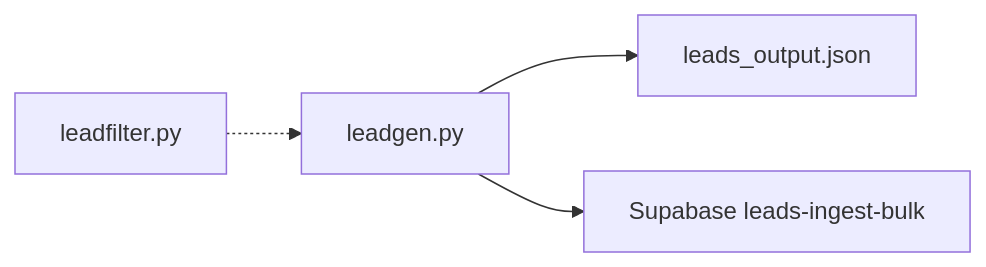
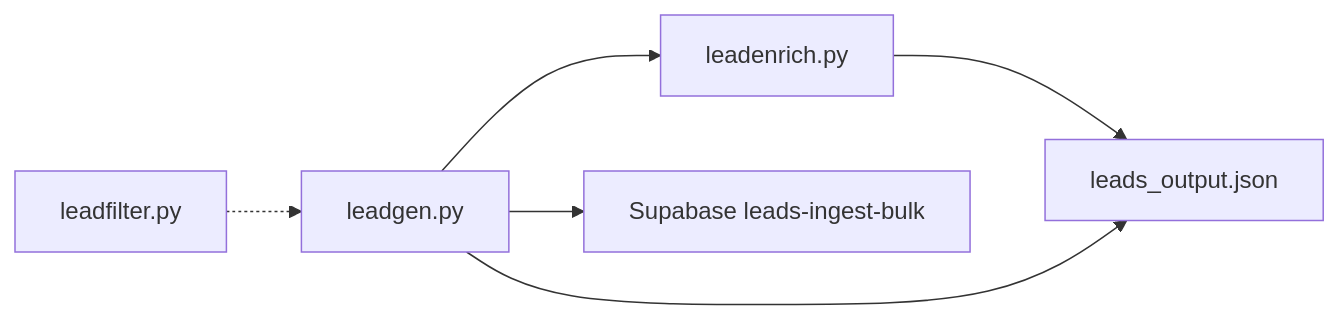
The diagram in documentation/scripts/leadgen.md (StaticxViper/cjm-dev), drawn with Mermaid before and after one commit. The commit also changed other lines of this file and 5 other files, not shown here.

````diff
--- a/documentation/scripts/leadgen.md
+++ b/documentation/scripts/leadgen.md
@@ -108,6 +111,8 @@
 ```mermaid
 flowchart LR
-  leadgen[leadgen.py] --> jsonOut[leads_output.json]
+  leadgen[leadgen.py] --> enrich[leadenrich.py]
+  enrich --> jsonOut[leads_output.json]
+  leadgen --> jsonOut
   leadgen --> supabase[Supabase leads-ingest-bulk]
   leadfilter[leadfilter.py] -.-> leadgen
 ```
````
